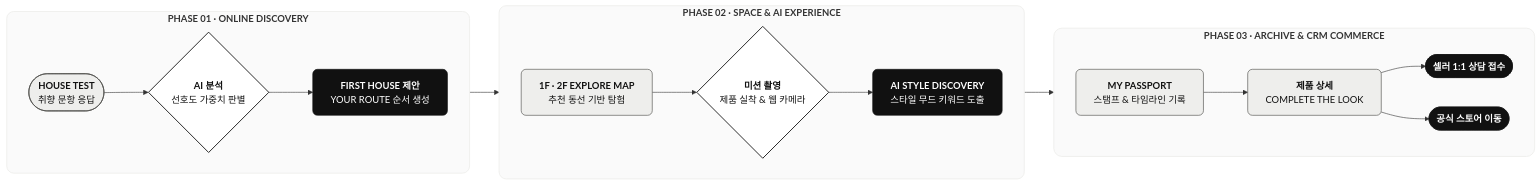
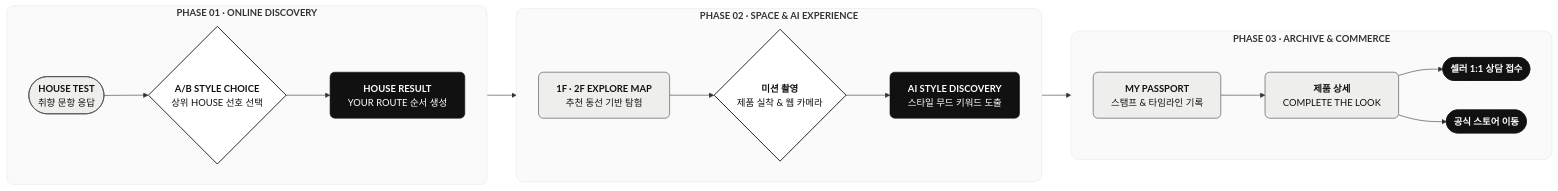
The diagram in README.md (MCM-HOUSE-POPUP/frontend), drawn with Mermaid before and after one commit. The commit also changed other lines of this file, not shown here.

````diff
--- a/README.md
+++ b/README.md
@@ -15,53 +17,53 @@
 ```mermaid
 %%{init: {
-  'theme': 'base',
-  'themeVariables': {
-    'fontFamily': '-apple-system, BlinkMacSystemFont, "Apple SD Gothic Neo", Pretendard, sans-serif',
-    'fontSize': '14px',
-    'lineColor': '#111111',
-    'curve': 'linear'
-  }
+  'theme': 'base',
+  'themeVariables': {
+    'fontFamily': '-apple-system, BlinkMacSystemFont, "Apple SD Gothic Neo", Pretendard, sans-serif',
+    'fontSize': '14px',
+    'lineColor': '#111111',
+    'curve': 'linear'
+  }
 }}%%
 flowchart LR
-    %% Phase 1: ONLINE DISCOVERY
-    subgraph P1 ["<b>PHASE 01 · ONLINE DISCOVERY</b>"]
-        direction LR
-        A(["<b>HOUSE TEST</b><br/>취향 문항 응답"]) --> B{"<b>AI 분석</b><br/>선호도 가중치 판별"}
-        B --> C["<b>FIRST HOUSE 제안</b><br/>YOUR ROUTE 순서 생성"]
-    end
+    %% Phase 1: ONLINE DISCOVERY
+    subgraph P1 ["<b>PHASE 01 · ONLINE DISCOVERY</b>"]
+        direction LR
+        A(["<b>HOUSE TEST</b><br/>취향 문항 응답"]) --> B{"<b>A/B STYLE CHOICE</b><br/>상위 HOUSE 선호 선택"}
+        B --> C["<b>HOUSE RESULT</b><br/>YOUR ROUTE 순서 생성"]
+    end
 
-    %% Phase 2: SPACE & AI EXPERIENCE
-    subgraph P2 ["<b>PHASE 02 · SPACE & AI EXPERIENCE</b>"]
-        direction LR
-        D["<b>1F · 2F EXPLORE MAP</b><br/>추천 동선 기반 탐험"] --> E{"<b>미션 촬영</b><br/>제품 실착 & 웹 카메라"}
-        E --> F["<b>AI STYLE DISCOVERY</b><br/>스타일 무드 키워드 도출"]
-    end
+    %% Phase 2: SPACE & AI EXPERIENCE
+    subgraph P2 ["<b>PHASE 02 · SPACE & AI EXPERIENCE</b>"]
+        direction LR
+        D["<b>1F · 2F EXPLORE MAP</b><br/>추천 동선 기반 탐험"] --> E{"<b>미션 촬영</b><br/>제품 실착 & 웹 카메라"}
+        E --> F["<b>AI STYLE DISCOVERY</b><br/>스타일 무드 키워드 도출"]
+    end
 
-    %% Phase 3: ARCHIVE & CRM COMMERCE
-    subgraph P3 ["<b>PHASE 03 · ARCHIVE & CRM COMMERCE</b>"]
-        direction LR
-        G["<b>MY PASSPORT</b><br/>스탬프 & 타임라인 기록"] --> H["<b>제품 상세</b><br/>COMPLETE THE LOOK"]
-        H --> I1(["<b>셀러 1:1 상담 접수</b>"])
-        H --> I2(["<b>공식 스토어 이동</b>"])
-    end
+    %% Phase 3: ARCHIVE & COMMERCE
+    subgraph P3 ["<b>PHASE 03 · ARCHIVE & COMMERCE</b>"]
+        direction LR
+        G["<b>MY PASSPORT</b><br/>스탬프 & 타임라인 기록"] --> H["<b>제품 상세</b><br/>COMPLETE THE LOOK"]
+        H --> I1(["<b>셀러 1:1 상담 접수</b>"])
+        H --> I2(["<b>공식 스토어 이동</b>"])
+    end
 
-    %% Clean Linear Streamline
-    C --> D
-    F --> G
+    %% Clean Linear Streamline
+    C --> D
+    F --> G
 
-    %% Clear Node Style Hierarchy
-    classDef default fill:#EEEEEC,stroke:#444442,stroke-width:1px,color:#111111,rx:8px,ry:8px;
-    classDef highlight fill:#111111,stroke:#111111,color:#FFFFFF,rx:8px,ry:8px;
-    classDef branch fill:#FFFFFF,stroke:#111111,stroke-width:1.5px,color:#111111;
-    classDef action fill:#111111,stroke:#111111,color:#FFFFFF,rx:20px,ry:20px;
-    classDef startPill fill:#EEEEEC,stroke:#444442,stroke-width:1px,color:#111111,rx:20px,ry:20px;
+    %% Clear Node Style Hierarchy
+    classDef default fill:#EEEEEC,stroke:#444442,stroke-width:1px,color:#111111,rx:8px,ry:8px;
+    classDef highlight fill:#111111,stroke:#111111,color:#FFFFFF,rx:8px,ry:8px;
+    classDef branch fill:#FFFFFF,stroke:#111111,stroke-width:1.5px,color:#111111;
+    classDef action fill:#111111,stroke:#111111,color:#FFFFFF,rx:20px,ry:20px;
+    classDef startPill fill:#EEEEEC,stroke:#444442,stroke-width:1px,color:#111111,rx:20px,ry:20px;
 
-    class A startPill;
-    class C,F highlight;
-    class B,E branch;
-    class I1,I2 action;
+    class A startPill;
+    class C,F highlight;
+    class B,E branch;
+    class I1,I2 action;
 
-    style P1 fill:#FAFAFA,stroke:#EEEEEC,stroke-width:1.5px,rx:12px,ry:12px;
-    style P2 fill:#FAFAFA,stroke:#EEEEEC,stroke-width:1.5px,rx:12px,ry:12px;
-    style P3 fill:#FAFAFA,stroke:#EEEEEC,stroke-width:1.5px,rx:14px,ry:14px;
+    style P1 fill:#FAFAFA,stroke:#EEEEEC,stroke-width:1.5px,rx:12px,ry:12px;
+    style P2 fill:#FAFAFA,stroke:#EEEEEC,stroke-width:1.5px,rx:12px,ry:12px;
+    style P3 fill:#FAFAFA,stroke:#EEEEEC,stroke-width:1.5px,rx:14px,ry:14px;
 ```
````
